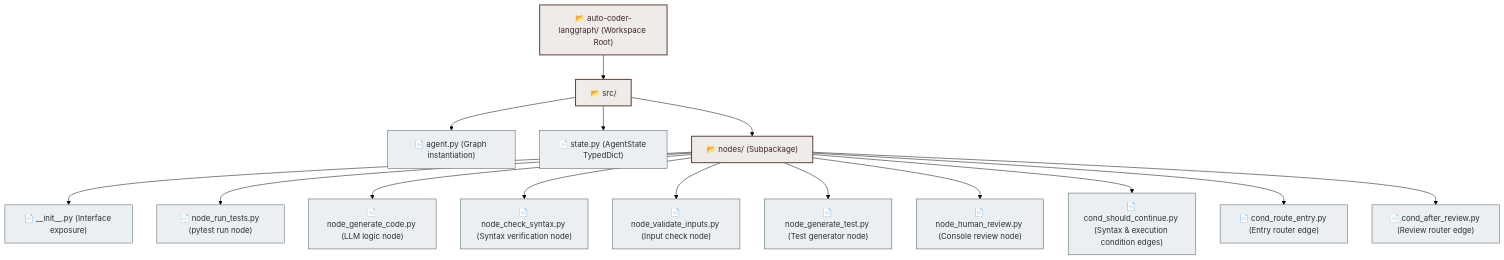
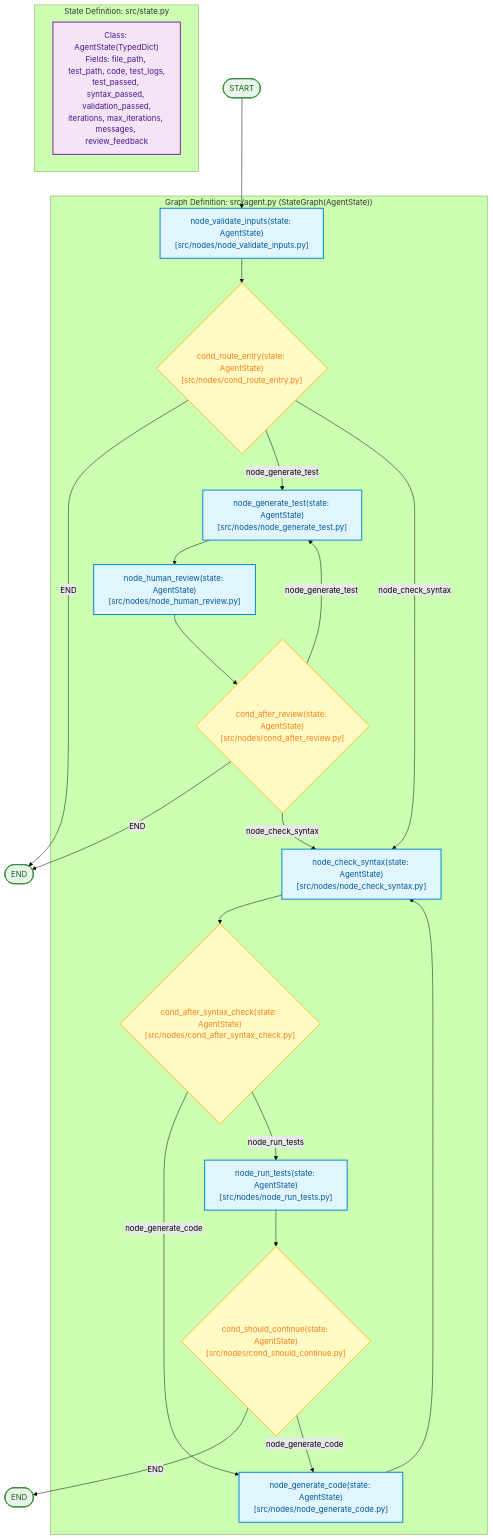
The second of 2 diagrams in README.md (boycececil666gmailcom/test-led-python-coder-agent), drawn with Mermaid (forest theme) before and after one commit. The commit also changed other lines of this file, not shown here.

Commit message:
docs: overhaul README with updated project scope, business value, and architectural diagrams

````diff
--- a/README.md
+++ b/README.md
@@ -124,23 +61,51 @@
 ```mermaid
-graph TD
-    classDef dir fill:#efebe9,stroke:#5d4037,stroke-width:2px,color:#3e2723;
-    classDef file fill:#eceff1,stroke:#455a64,stroke-width:1px,color:#263238;
+flowchart TD
+    classDef stateBox fill:#f3e5f5,stroke:#7b1fa2,stroke-width:2px,color:#4a148c;
+    classDef nodeBox fill:#e1f5fe,stroke:#0288d1,stroke-width:2px,color:#01579b;
+    classDef condBox fill:#fff9c4,stroke:#fbc02d,stroke-width:2px,color:#f57f17;
+    classDef startEnd fill:#e8f5e9,stroke:#388e3c,stroke-width:2px,color:#1b5e20;
 
-    Workspace["📂 auto-coder-langgraph/ (Workspace Root)"]:::dir
-    Workspace --> src["📂 src/"]:::dir
-    
-    src --> agent_py["📄 agent.py (Graph instantiation)"]:::file
-    src --> state_py["📄 state.py (AgentState TypedDict)"]:::file
-    src --> nodes_dir["📂 nodes/ (Subpackage)"]:::dir
-    
-    nodes_dir --> init_py["📄 __init__.py (Interface exposure)"]:::file
-    nodes_dir --> node_run_tests_py["📄 node_run_tests.py (pytest run node)"]:::file
-    nodes_dir --> node_generate_code_py["📄 node_generate_code.py (LLM logic node)"]:::file
-    nodes_dir --> node_check_syntax_py["📄 node_check_syntax.py (Syntax verification node)"]:::file
-    nodes_dir --> node_validate_inputs_py["📄 node_validate_inputs.py (Input check node)"]:::file
-    nodes_dir --> node_generate_test_py["📄 node_generate_test.py (Test generator node)"]:::file
-    nodes_dir --> node_human_review_py["📄 node_human_review.py (Console review node)"]:::file
-    nodes_dir --> cond_should_continue_py["📄 cond_should_continue.py (Syntax & execution condition edges)"]:::file
-    nodes_dir --> cond_route_entry_py["📄 cond_route_entry.py (Entry router edge)"]:::file
-    nodes_dir --> cond_after_review_py["📄 cond_after_review.py (Review router edge)"]:::file
+    subgraph Memory["State Definition: src/state.py"]
+        AgentState["Class: AgentState(TypedDict)<br/>Fields: file_path, test_path, code, test_logs,<br/>test_passed, syntax_passed, validation_passed,<br/>iterations, max_iterations, messages, review_feedback"]:::stateBox
+    end
+
+    START(["START"]):::startEnd --> node_validate_inputs
+
+    subgraph GraphOrchestrator["Graph Definition: src/agent.py (StateGraph(AgentState))"]
+        node_validate_inputs["node_validate_inputs(state: AgentState)<br/>[src/nodes/node_validate_inputs.py]"]:::nodeBox
+        cond_route_entry{"cond_route_entry(state: AgentState)<br/>[src/nodes/cond_route_entry.py]"}:::condBox
+
+        node_generate_test["node_generate_test(state: AgentState)<br/>[src/nodes/node_generate_test.py]"]:::nodeBox
+        node_human_review["node_human_review(state: AgentState)<br/>[src/nodes/node_human_review.py]"]:::nodeBox
+        cond_after_review{"cond_after_review(state: AgentState)<br/>[src/nodes/cond_after_review.py]"}:::condBox
+
+        node_check_syntax["node_check_syntax(state: AgentState)<br/>[src/nodes/node_check_syntax.py]"]:::nodeBox
+        cond_after_syntax_check{"cond_after_syntax_check(state: AgentState)<br/>[src/nodes/cond_after_syntax_check.py]"}:::condBox
+
+        node_run_tests["node_run_tests(state: AgentState)<br/>[src/nodes/node_run_tests.py]"]:::nodeBox
+        cond_should_continue{"cond_should_continue(state: AgentState)<br/>[src/nodes/cond_should_continue.py]"}:::condBox
+
+        node_generate_code["node_generate_code(state: AgentState)<br/>[src/nodes/node_generate_code.py]"]:::nodeBox
+    end
+
+    node_validate_inputs --> cond_route_entry
+    cond_route_entry -- "END" --> END_FAIL(["END"]):::startEnd
+    cond_route_entry -- "node_generate_test" --> node_generate_test
+    cond_route_entry -- "node_check_syntax" --> node_check_syntax
+
+    node_generate_test --> node_human_review
+    node_human_review --> cond_after_review
+    cond_after_review -- "END" --> END_FAIL
+    cond_after_review -- "node_generate_test" --> node_generate_test
+    cond_after_review -- "node_check_syntax" --> node_check_syntax
+
+    node_check_syntax --> cond_after_syntax_check
+    cond_after_syntax_check -- "node_generate_code" --> node_generate_code
+    cond_after_syntax_check -- "node_run_tests" --> node_run_tests
+
+    node_generate_code --> node_check_syntax
+
+    node_run_tests --> cond_should_continue
+    cond_should_continue -- "END" --> END_SUCCESS(["END"]):::startEnd
+    cond_should_continue -- "node_generate_code" --> node_generate_code
 ```
````
